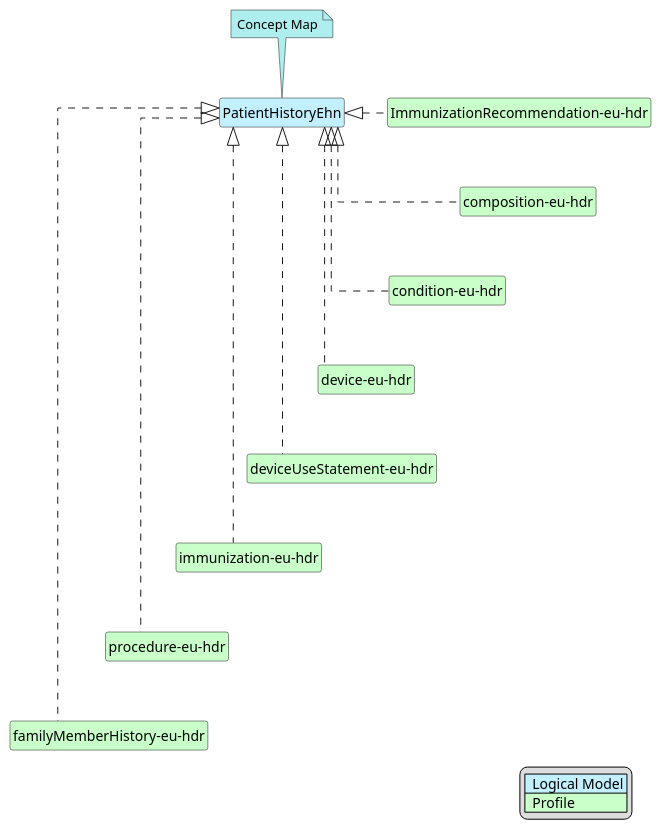
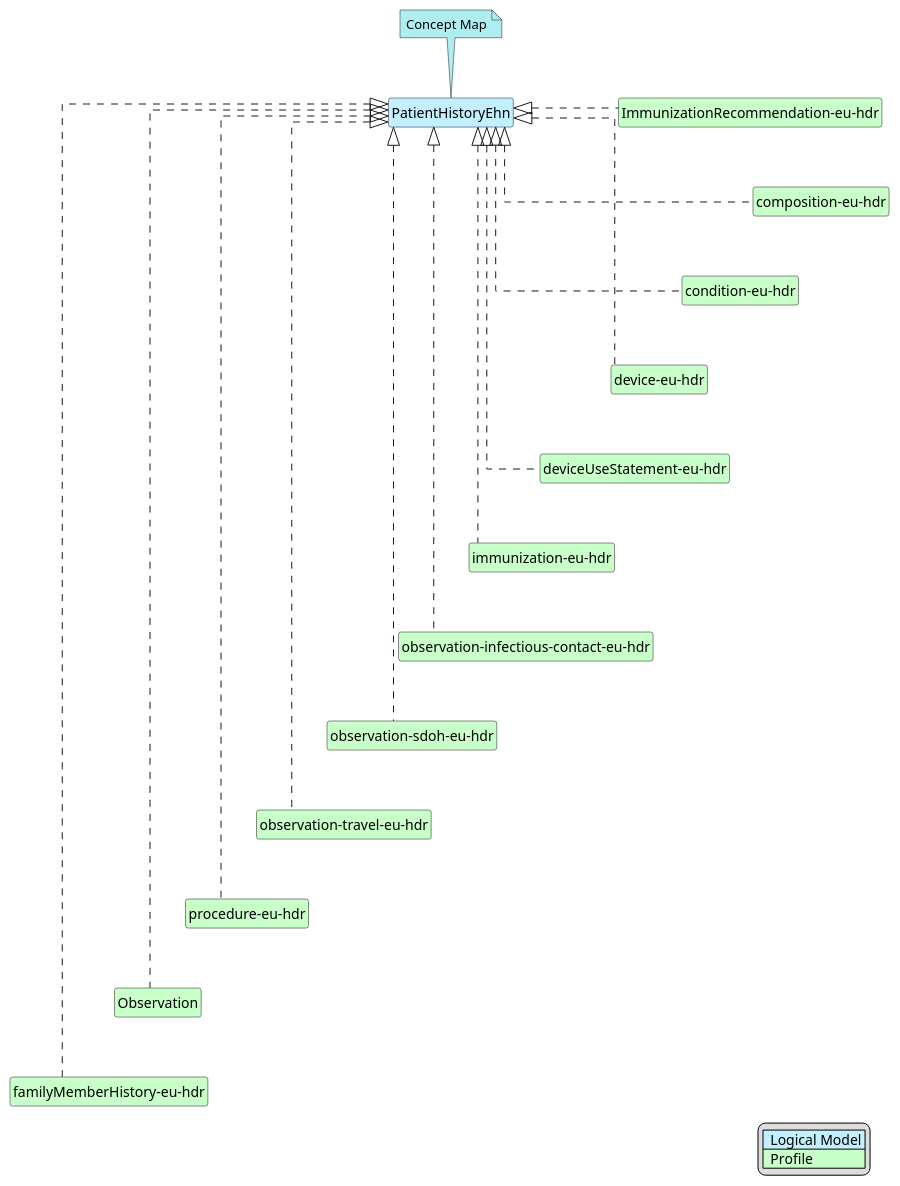
One commit to hl7-eu/hdr changed the diagram in input/images-source/PatientHistoryEhn-map.plantuml. Above: the diagram before and after it, drawn with PlantUML. The commit also changed 18 other files, not shown here.

```diff
--- a/input/images-source/PatientHistoryEhn-map.plantuml
+++ b/input/images-source/PatientHistoryEhn-map.plantuml
@@ -1,42 +1,54 @@
 @startuml
 hide circle
 hide stereotype
 hide members
 hide methods
 skinparam linetype ortho
 skinparam class {
 BackgroundColor<<LogicalModel>> #APPLICATION
 BackgroundColor<<Profile>> #TECHNOLOGY
 }
 legend right
 | <#APPLICATION>  Logical Model |
 | <#TECHNOLOGY>  Profile |
 endlegend
 class "PatientHistoryEhn" <<LogicalModel>> [[StructureDefinition-PatientHistoryEhn.html]]
 note top #PaleTurquoise [[ConceptMap-patientHistory2FHIR-eu-hdr.html]]
 Concept Map
 endnote
 class "ImmunizationRecommendation-eu-hdr" <<Profile>> [[StructureDefinition-ImmunizationRecommendation-eu-hdr.html]]
 "PatientHistoryEhn" <|. "ImmunizationRecommendation-eu-hdr"
 class "composition-eu-hdr" <<Profile>> [[StructureDefinition-composition-eu-hdr.html]]
 "PatientHistoryEhn" <|. "composition-eu-hdr"
 "ImmunizationRecommendation-eu-hdr" -d[hidden]-> "composition-eu-hdr"
 class "condition-eu-hdr" <<Profile>> [[StructureDefinition-condition-eu-hdr.html]]
 "PatientHistoryEhn" <|. "condition-eu-hdr"
 "composition-eu-hdr" -d[hidden]-> "condition-eu-hdr"
 class "device-eu-hdr" <<Profile>> [[StructureDefinition-device-eu-hdr.html]]
 "PatientHistoryEhn" <|. "device-eu-hdr"
 "condition-eu-hdr" -d[hidden]-> "device-eu-hdr"
 class "deviceUseStatement-eu-hdr" <<Profile>> [[StructureDefinition-deviceUseStatement-eu-hdr.html]]
 "PatientHistoryEhn" <|. "deviceUseStatement-eu-hdr"
 "device-eu-hdr" -d[hidden]-> "deviceUseStatement-eu-hdr"
 class "immunization-eu-hdr" <<Profile>> [[StructureDefinition-immunization-eu-hdr.html]]
 "PatientHistoryEhn" <|. "immunization-eu-hdr"
 "deviceUseStatement-eu-hdr" -d[hidden]-> "immunization-eu-hdr"
+class "observation-infectious-contact-eu-hdr" <<Profile>> [[StructureDefinition-observation-infectious-contact-eu-hdr.html]]
+"PatientHistoryEhn" <|. "observation-infectious-contact-eu-hdr"
+"immunization-eu-hdr" -d[hidden]-> "observation-infectious-contact-eu-hdr"
+class "observation-sdoh-eu-hdr" <<Profile>> [[StructureDefinition-observation-sdoh-eu-hdr.html]]
+"PatientHistoryEhn" <|. "observation-sdoh-eu-hdr"
+"observation-infectious-contact-eu-hdr" -d[hidden]-> "observation-sdoh-eu-hdr"
+class "observation-travel-eu-hdr" <<Profile>> [[StructureDefinition-observation-travel-eu-hdr.html]]
+"PatientHistoryEhn" <|. "observation-travel-eu-hdr"
+"observation-sdoh-eu-hdr" -d[hidden]-> "observation-travel-eu-hdr"
 class "procedure-eu-hdr" <<Profile>> [[StructureDefinition-procedure-eu-hdr.html]]
 "PatientHistoryEhn" <|. "procedure-eu-hdr"
-"immunization-eu-hdr" -d[hidden]-> "procedure-eu-hdr"
+"observation-travel-eu-hdr" -d[hidden]-> "procedure-eu-hdr"
+class "Observation" <<Profile>> [[http://hl7.org/fhir/StructureDefinition/Observation]]
+"PatientHistoryEhn" <|. "Observation"
+"procedure-eu-hdr" -d[hidden]-> "Observation"
 class "familyMemberHistory-eu-hdr" <<Profile>> [[http://hl7.org/fhir/StructureDefinition/familyMemberHistory-eu-hdr]]
 "PatientHistoryEhn" <|. "familyMemberHistory-eu-hdr"
-"procedure-eu-hdr" -d[hidden]-> "familyMemberHistory-eu-hdr"
+"Observation" -d[hidden]-> "familyMemberHistory-eu-hdr"
 @enduml
```
